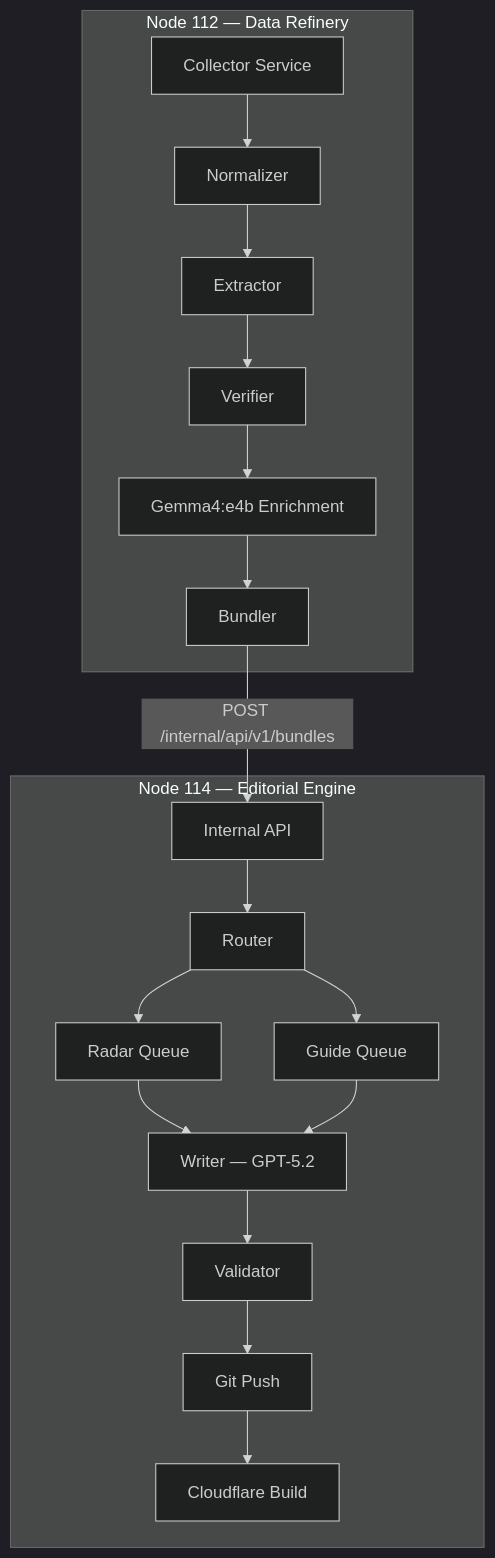
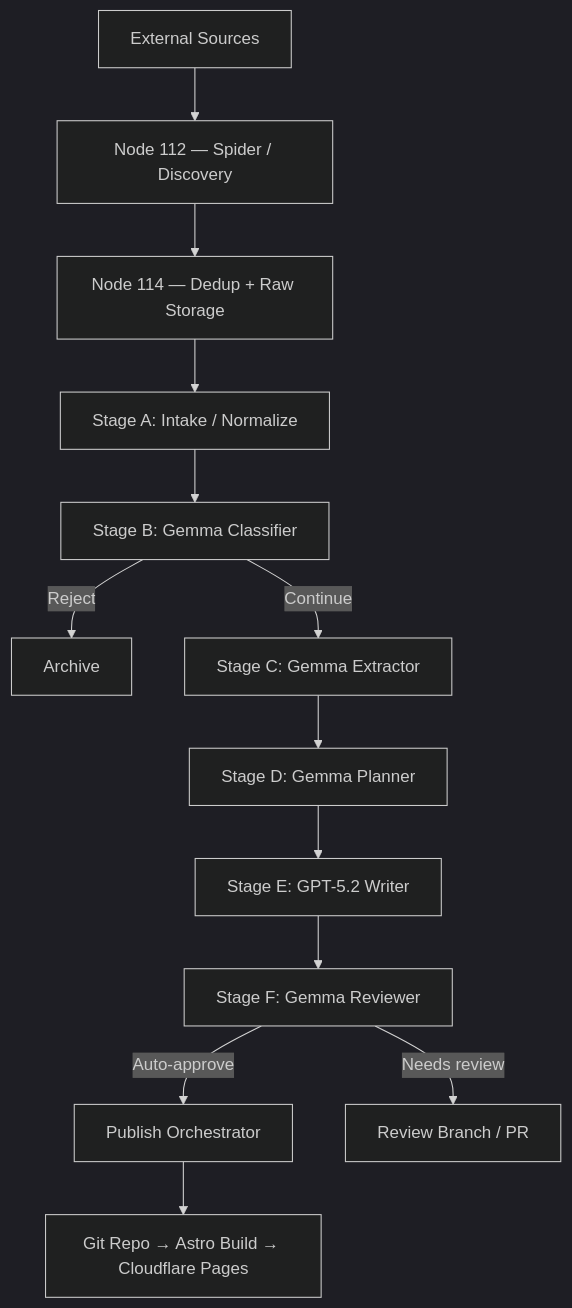
Before and after one commit to vesviet/vesviet: the second of 2 diagrams in content/posts/leaseinvietnam-ai-powered-expat-rental-intelligence-system.md, drawn with Mermaid (dark theme). The commit also changed other lines of this file, not shown here.

Commit message:
update(post): rewrite leaseinvietnam post to reflect biz plan, B2B model, scam warning, dual-mode ops, roadmap

````diff
--- a/content/posts/leaseinvietnam-ai-powered-expat-rental-intelligence-system.md
+++ b/content/posts/leaseinvietnam-ai-powered-expat-rental-intelligence-system.md
@@ -39,23 +80,15 @@
 ```mermaid
 flowchart TD
-    subgraph N112["Node 112 — Data Refinery"]
-        A1[Collector Service] --> A2[Normalizer]
-        A2 --> A3[Extractor]
-        A3 --> A4[Verifier]
-        A4 --> A5[Gemma4:e4b Enrichment]
-        A5 --> A6[Bundler]
-    end
-
-    subgraph N114["Node 114 — Editorial Engine"]
-        B1[Internal API] --> B2[Router]
-        B2 --> B3[Radar Queue]
-        B2 --> B4[Guide Queue]
-        B3 --> B5[Writer — GPT-5.2]
-        B4 --> B5
-        B5 --> B6[Validator]
-        B6 --> B7[Git Push]
-        B7 --> B8[Cloudflare Build]
-    end
-
-    A6 -- "POST /internal/api/v1/bundles" --> B1
+    A[External Sources] --> B[Node 112 — Spider / Discovery]
+    B --> C[Node 114 — Dedup + Raw Storage]
+    C --> D[Stage A: Intake / Normalize]
+    D --> E[Stage B: Gemma Classifier]
+    E -->|Reject| X[Archive]
+    E -->|Continue| F[Stage C: Gemma Extractor]
+    F --> G[Stage D: Gemma Planner]
+    G --> H[Stage E: GPT-5.2 Writer]
+    H --> I[Stage F: Gemma Reviewer]
+    I -->|Auto-approve| J[Publish Orchestrator]
+    I -->|Needs review| R[Review Branch / PR]
+    J --> K[Git Repo → Astro Build → Cloudflare Pages]
 ```
````
